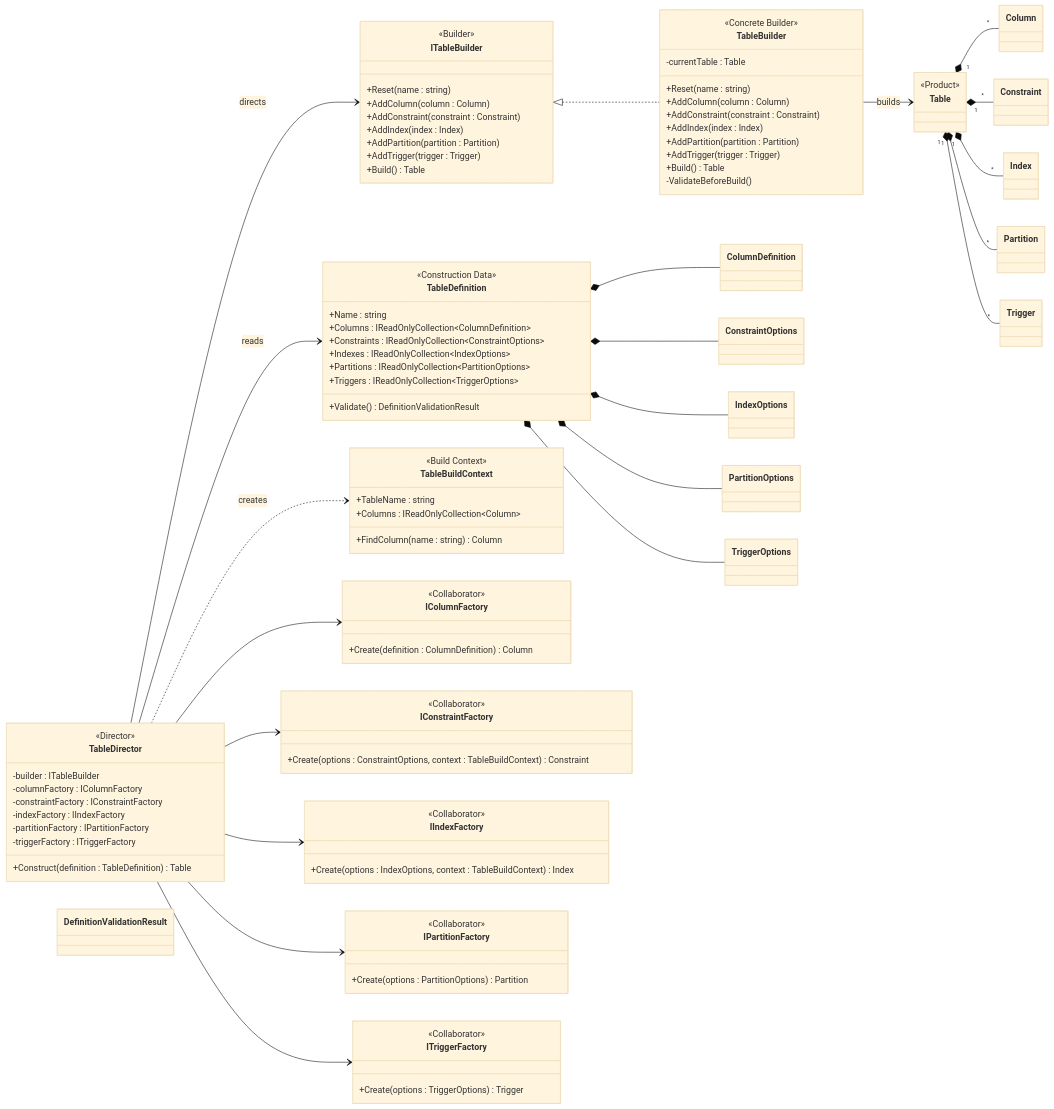
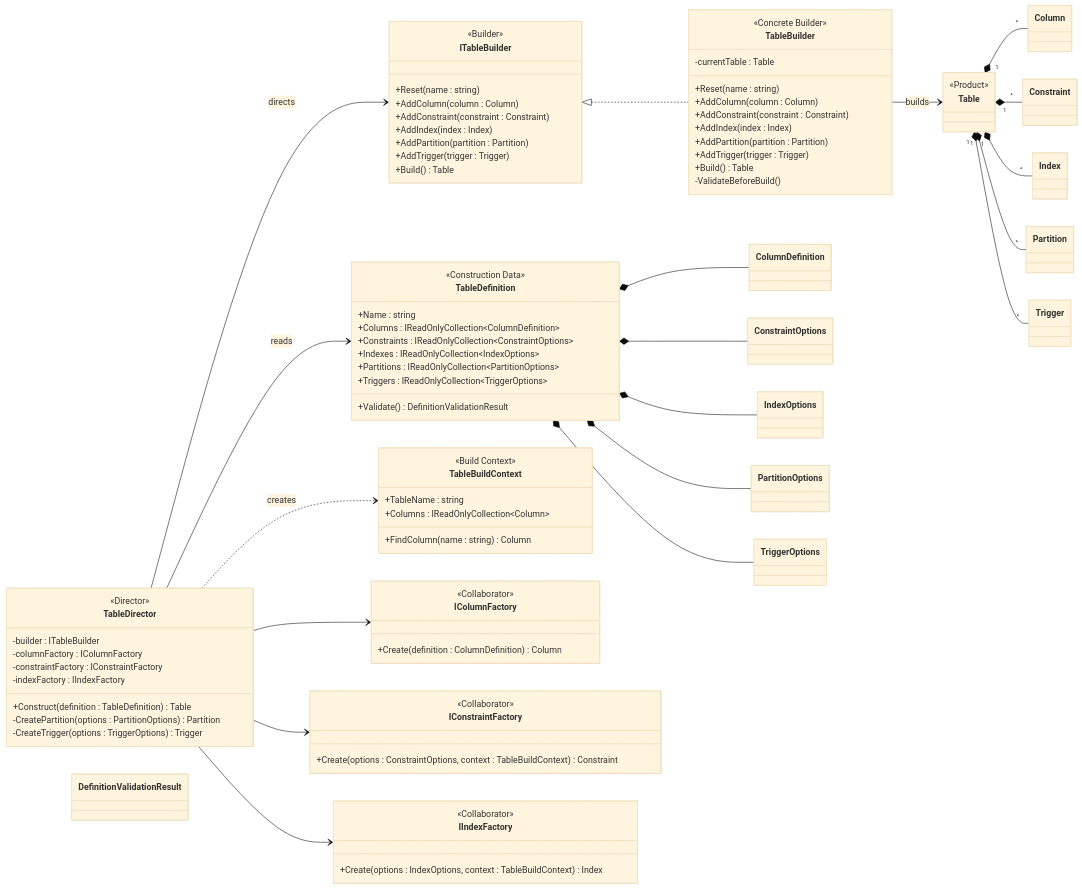
The eighth of 45 diagrams in docs/design-patterns/README.md (Hagiakhanh/bbv-dbms), drawn with Mermaid (base theme) before and after one commit. The commit also changed other lines of this file and 30 other files, not shown here.

```diff
--- a/docs/design-patterns/README.md
+++ b/docs/design-patterns/README.md
@@ -1735,9 +1732,9 @@
     -columnFactory : IColumnFactory
     -constraintFactory : IConstraintFactory
     -indexFactory : IIndexFactory
-    -partitionFactory : IPartitionFactory
-    -triggerFactory : ITriggerFactory
     +Construct(definition : TableDefinition) Table
+    -CreatePartition(options : PartitionOptions) Partition
+    -CreateTrigger(options : TriggerOptions) Trigger
 }
 
 class TableDefinition {
@@ -1783,15 +1780,7 @@
     +Create(options : IndexOptions, context : TableBuildContext) Index
 }
 
-class IPartitionFactory {
-    <<Collaborator>>
-    +Create(options : PartitionOptions) Partition
-}
 
-class ITriggerFactory {
-    <<Collaborator>>
-    +Create(options : TriggerOptions) Trigger
-}
 
 class ColumnDefinition
 class ConstraintOptions
@@ -1810,8 +1799,6 @@
 TableDirector --> IColumnFactory
 TableDirector --> IConstraintFactory
 TableDirector --> IIndexFactory
-TableDirector --> IPartitionFactory
-TableDirector --> ITriggerFactory
 
 TableDefinition *-- ColumnDefinition
 TableDefinition *-- ConstraintOptions
```
